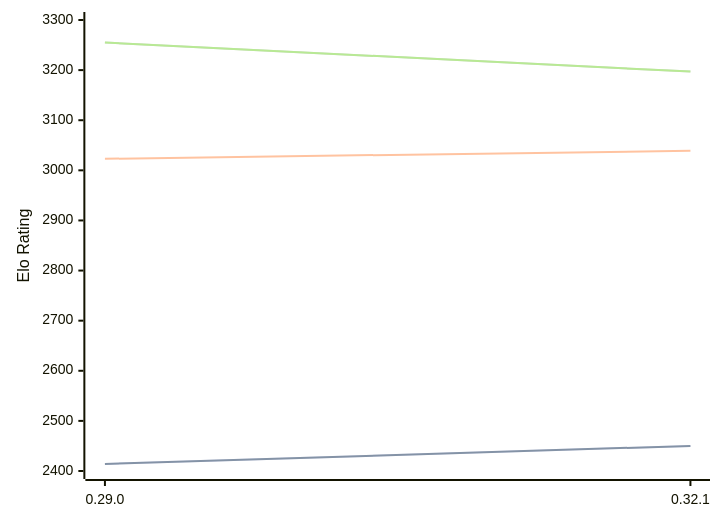
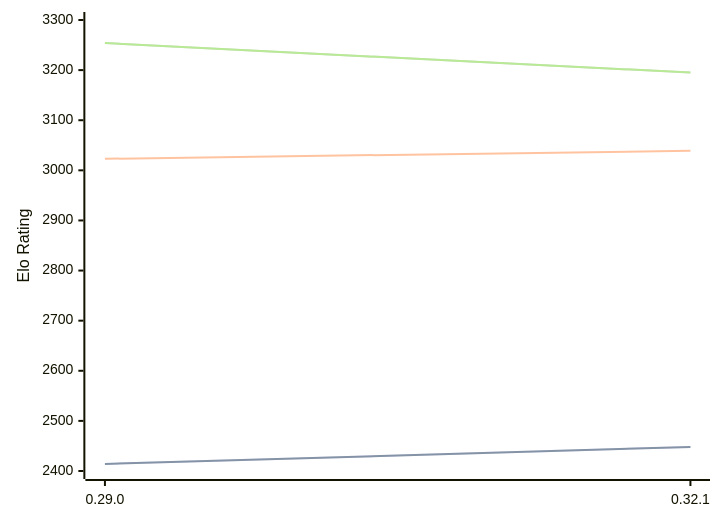
Before and after one commit to computer-chess-index/cci: the diagram in engines/Lc0.md, drawn with Mermaid. The commit also changed other lines of this file, not shown here.

Commit message:
Update CCI Ratings (ELO VLTC) - 2026-03-19

````diff
--- a/engines/Lc0.md
+++ b/engines/Lc0.md
@@ -66,11 +68,11 @@
 ```mermaid
 %%{init: {"theme":"base","themeVariables":{"seriesColors:['#a3a3a3','#222221','#faa371']}}}%%
 xychart-beta
   x-axis ["0.29.0", "0.32.1"]
   y-axis "Elo Rating" 2400 --> 3300
-  line "STC (8.0+0.08s)" [2414, 2450]
-  line "STC (8.0+0.08s)" [2414, 2450]
+  line "STC (8.0+0.08s)" [2414, 2448]
+  line "STC (8.0+0.08s)" [2414, 2448]
   line "LTC (60.0+0.60s)" [3023, 3039]
-  line "VLTC (2m24s+1.12s)" [3255, 3197]
-  line "VLTC (2m24s+1.12s)" [3255, 3197]
+  line "VLTC (2m24s+1.12s)" [3254, 3195]
+  line "VLTC (2m24s+1.12s)" [3254, 3195]
 ```
````
